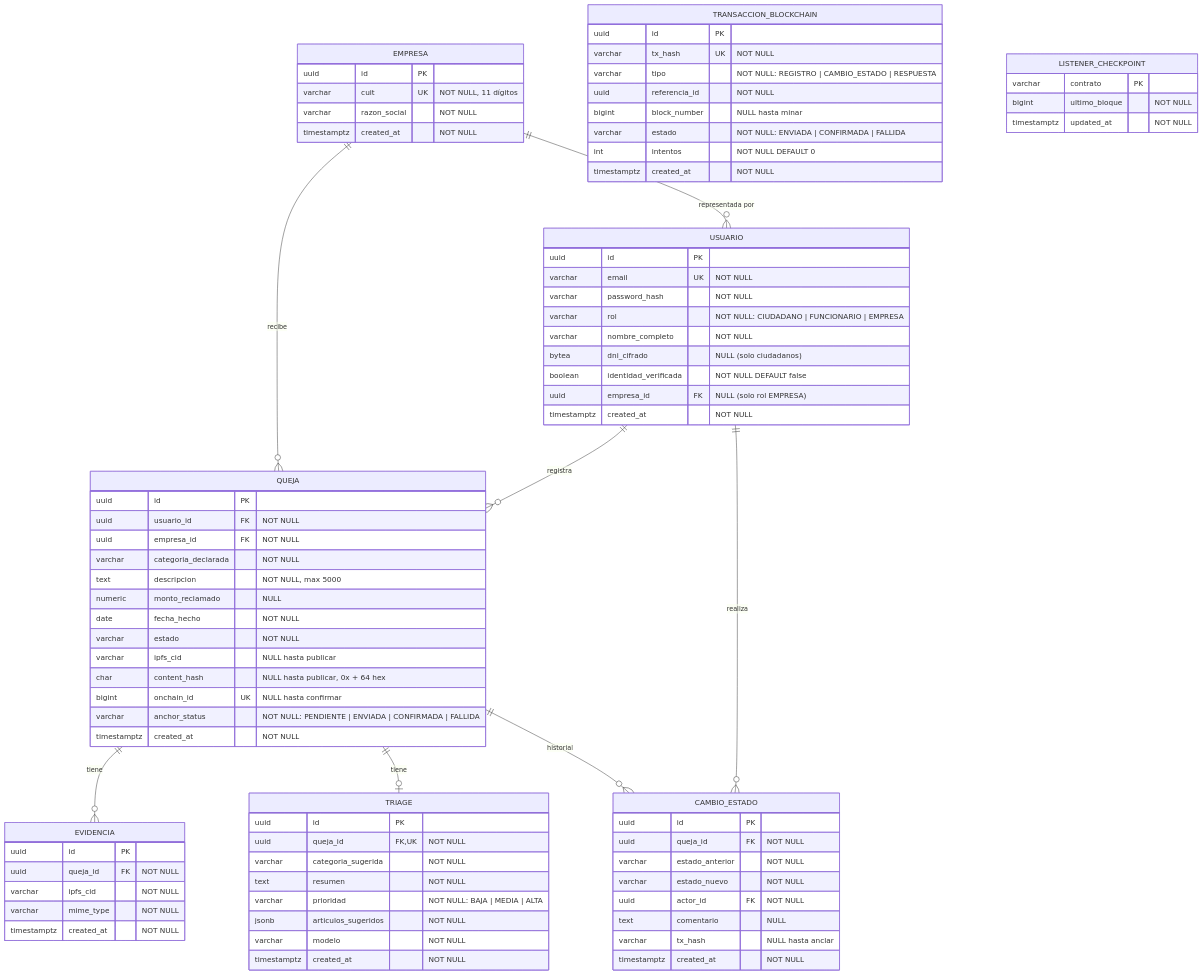
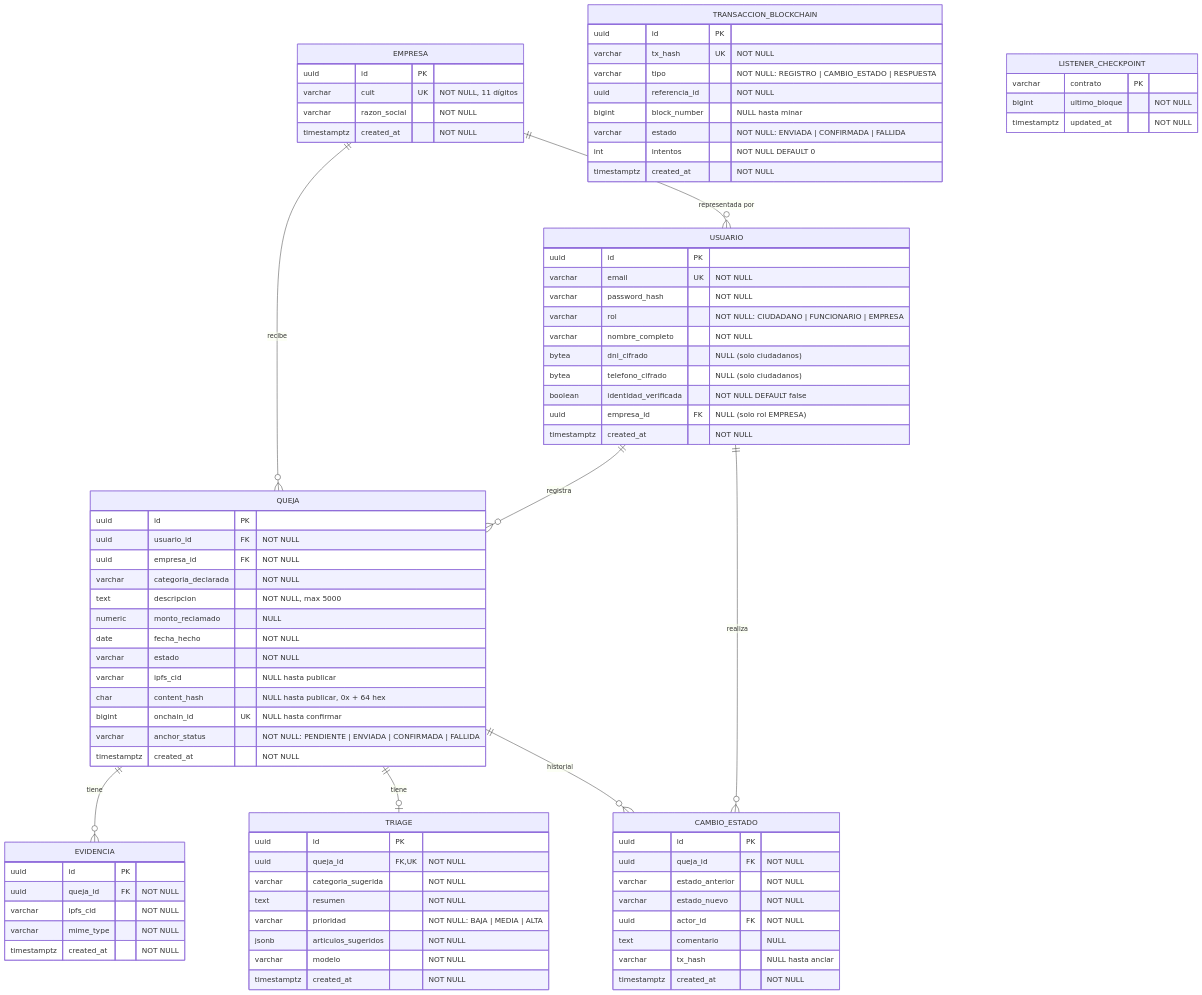
Before and after one commit to dalcorta/AI4Devs-finalproject: the second of 2 diagrams in readme.md, drawn with Mermaid. The commit also changed other lines of this file and 1 other file, not shown here.

```diff
--- a/readme.md
+++ b/readme.md
@@ -250,6 +256,7 @@
         varchar rol "NOT NULL: CIUDADANO | FUNCIONARIO | EMPRESA"
         varchar nombre_completo "NOT NULL"
         bytea dni_cifrado "NULL (solo ciudadanos)"
+        bytea telefono_cifrado "NULL (solo ciudadanos)"
         boolean identidad_verificada "NOT NULL DEFAULT false"
         uuid empresa_id FK "NULL (solo rol EMPRESA)"
         timestamptz created_at "NOT NULL"
```
